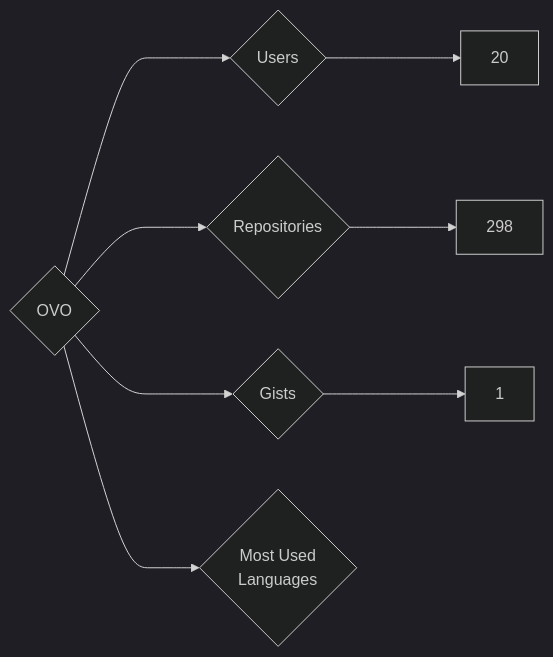
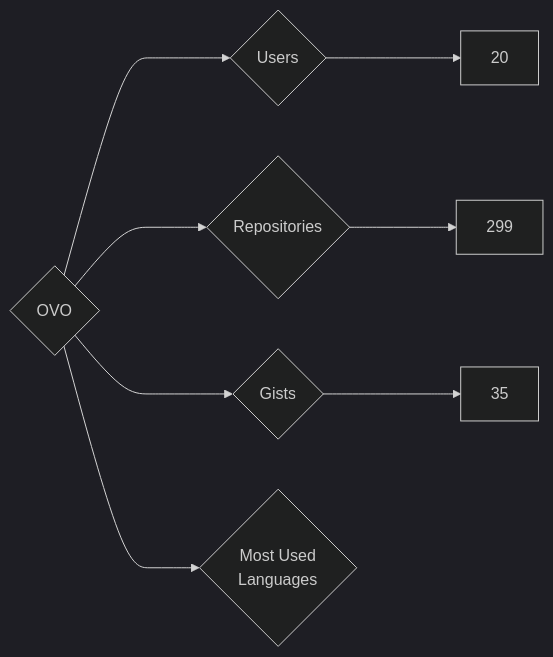
Before and after one commit to nenadzaric/insiders: the diagram in targets/OVO/README.md, drawn with Mermaid (dark theme). The commit also changed 1342 other files, not shown here.

````diff
--- a/targets/OVO/README.md
+++ b/targets/OVO/README.md
@@ -3,8 +3,8 @@
 ```mermaid
 graph LR
 COMPANY_NAME{OVO}
 COMPANY_NAME ---> U{Users} ---> UN[20]
-COMPANY_NAME ---> R{Repositories} ---> RN[298]
-COMPANY_NAME ---> G{Gists} ---> GN[1]
+COMPANY_NAME ---> R{Repositories} ---> RN[299]
+COMPANY_NAME ---> G{Gists} ---> GN[35]
 COMPANY_NAME ---> ML{Most Used<br>Languages}
 ```
````
